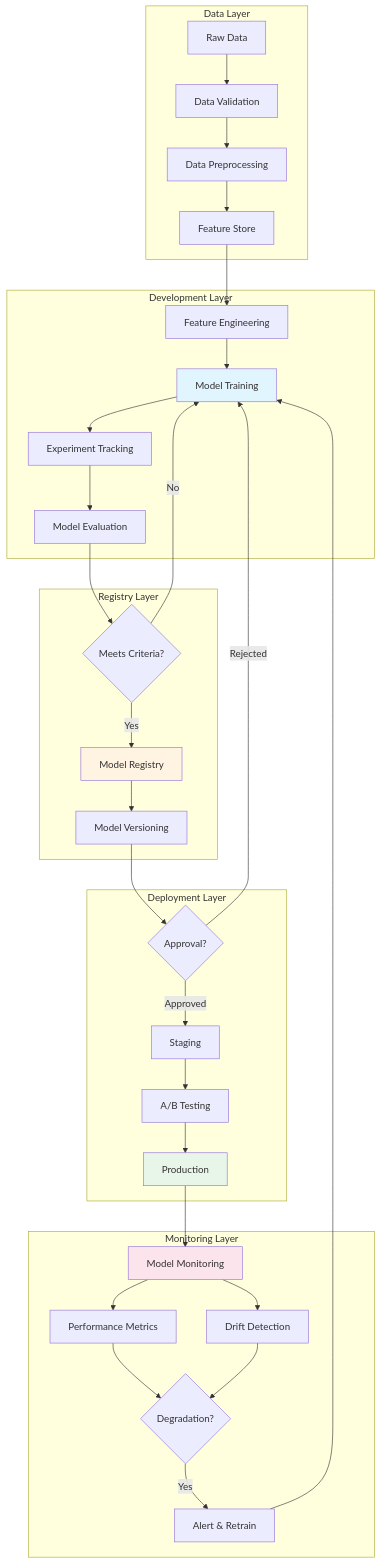
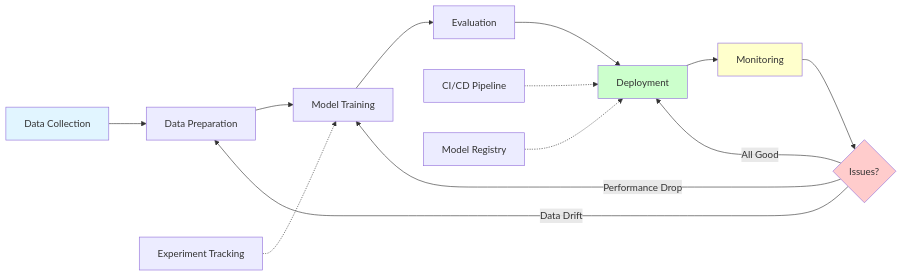
One commit to nvgr-GenAI/my-learning changed the first of 8 diagrams in docs/ml/mlops/index.md. Above: the diagram before and after it, drawn with Mermaid. The commit also changed other lines of this file and 82 other files, not shown here.

````diff
--- a/docs/ml/mlops/index.md
+++ b/docs/ml/mlops/index.md
@@ -1780,45 +13,21 @@
 ```mermaid
-graph TB
-    subgraph "Data Layer"
-        A[Raw Data] --> B[Data Validation]
-        B --> C[Data Preprocessing]
-        C --> D[Feature Store]
-    end
+graph LR
+    Data[Data Collection] --> Prep[Data Preparation]
+    Prep --> Train[Model Training]
+    Train --> Eval[Evaluation]
+    Eval --> Deploy[Deployment]
+    Deploy --> Monitor[Monitoring]
+    Monitor --> Alert{Issues?}
+    Alert -->|Data Drift| Prep
+    Alert -->|Performance Drop| Train
+    Alert -->|All Good| Deploy
 
-    subgraph "Development Layer"
-        D --> E[Feature Engineering]
-        E --> F[Model Training]
-        F --> G[Experiment Tracking]
-        G --> H[Model Evaluation]
-    end
+    Track[Experiment Tracking] -.-> Train
+    CI[CI/CD Pipeline] -.-> Deploy
+    Registry[Model Registry] -.-> Deploy
 
-    subgraph "Registry Layer"
-        H --> I{Meets Criteria?}
-        I -->|Yes| J[Model Registry]
-        I -->|No| F
-        J --> K[Model Versioning]
-    end
-
-    subgraph "Deployment Layer"
-        K --> L{Approval?}
-        L -->|Approved| M[Staging]
-        M --> N[A/B Testing]
-        N --> O[Production]
-        L -->|Rejected| F
-    end
-
-    subgraph "Monitoring Layer"
-        O --> P[Model Monitoring]
-        P --> Q[Performance Metrics]
-        P --> R[Drift Detection]
-        Q --> S{Degradation?}
-        R --> S
-        S -->|Yes| T[Alert & Retrain]
-        T --> F
-    end
-
-    style F fill:#e1f5ff
-    style J fill:#fff4e1
-    style O fill:#e8f5e9
-    style P fill:#fce4ec
+    style Data fill:#e1f5ff
+    style Deploy fill:#ccffcc
+    style Monitor fill:#ffffcc
+    style Alert fill:#ffcccc
 ```
````
